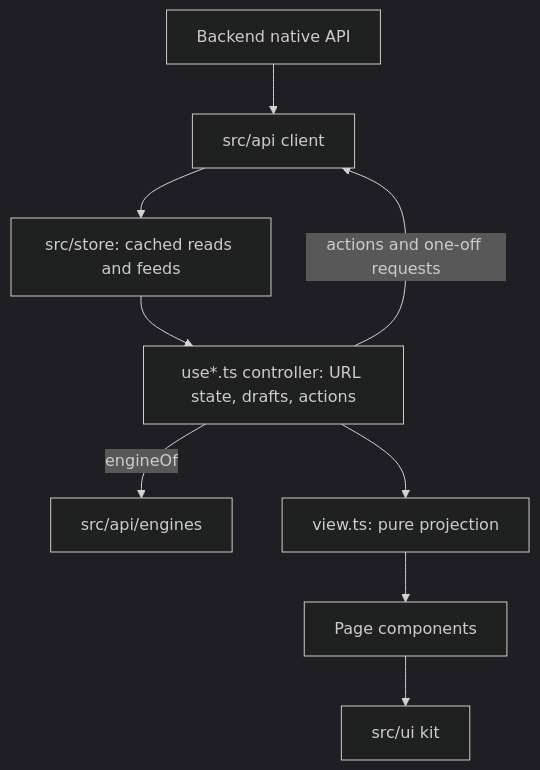
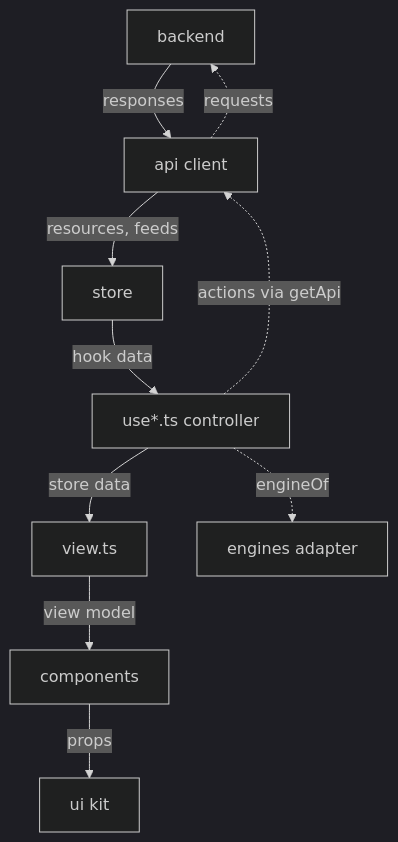
The second of 2 diagrams in CONTRIBUTING.md (Zakkaus/doona), drawn with Mermaid (dark theme) before and after one commit. The commit also changed other lines of this file and 1 other file, not shown here.

````diff
--- a/CONTRIBUTING.md
+++ b/CONTRIBUTING.md
@@ -76,11 +99,20 @@
 ```mermaid
 flowchart TB
-  backend[Backend native API] --> client[src/api client]
-  client --> store[src/store: cached reads and feeds]
-  store --> controller[use*.ts controller: URL state, drafts, actions]
-  controller -->|actions and one-off requests| client
-  controller -->|engineOf| engines[src/api/engines]
-  controller --> view[view.ts: pure projection]
-  view --> components[Page components]
-  components --> kit[src/ui kit]
+  backend[backend]
+  api[api client]
+  store[store]
+  controller[use*.ts controller]
+  view[view.ts]
+  components[components]
+  kit[ui kit]
+  engines[engines adapter]
+  backend -->|responses| api
+  api -->|resources, feeds| store
+  store -->|hook data| controller
+  controller -->|store data| view
+  view -->|view model| components
+  components -->|props| kit
+  controller -.->|actions via getApi| api
+  api -.->|requests| backend
+  controller -.->|engineOf| engines
 ```
````
